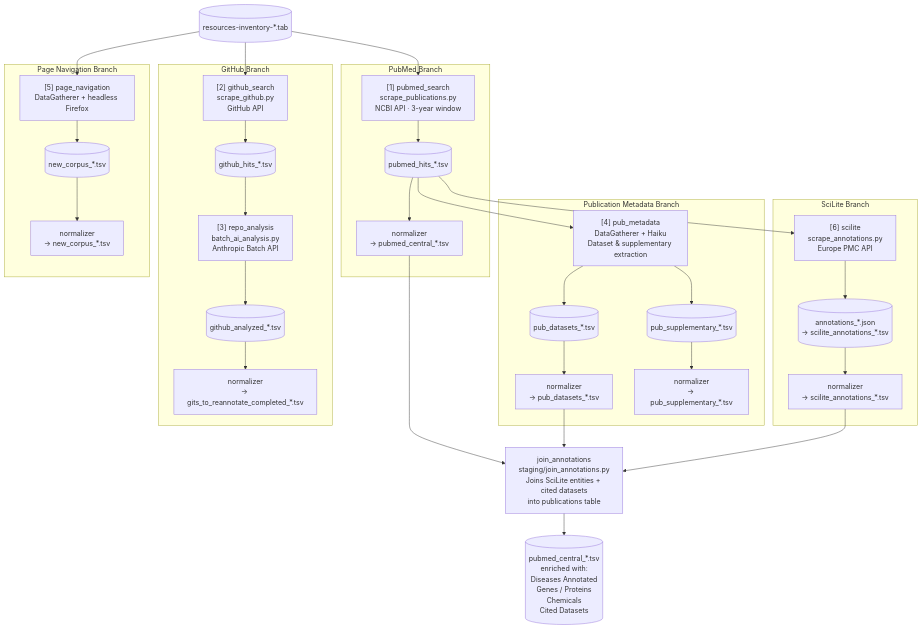
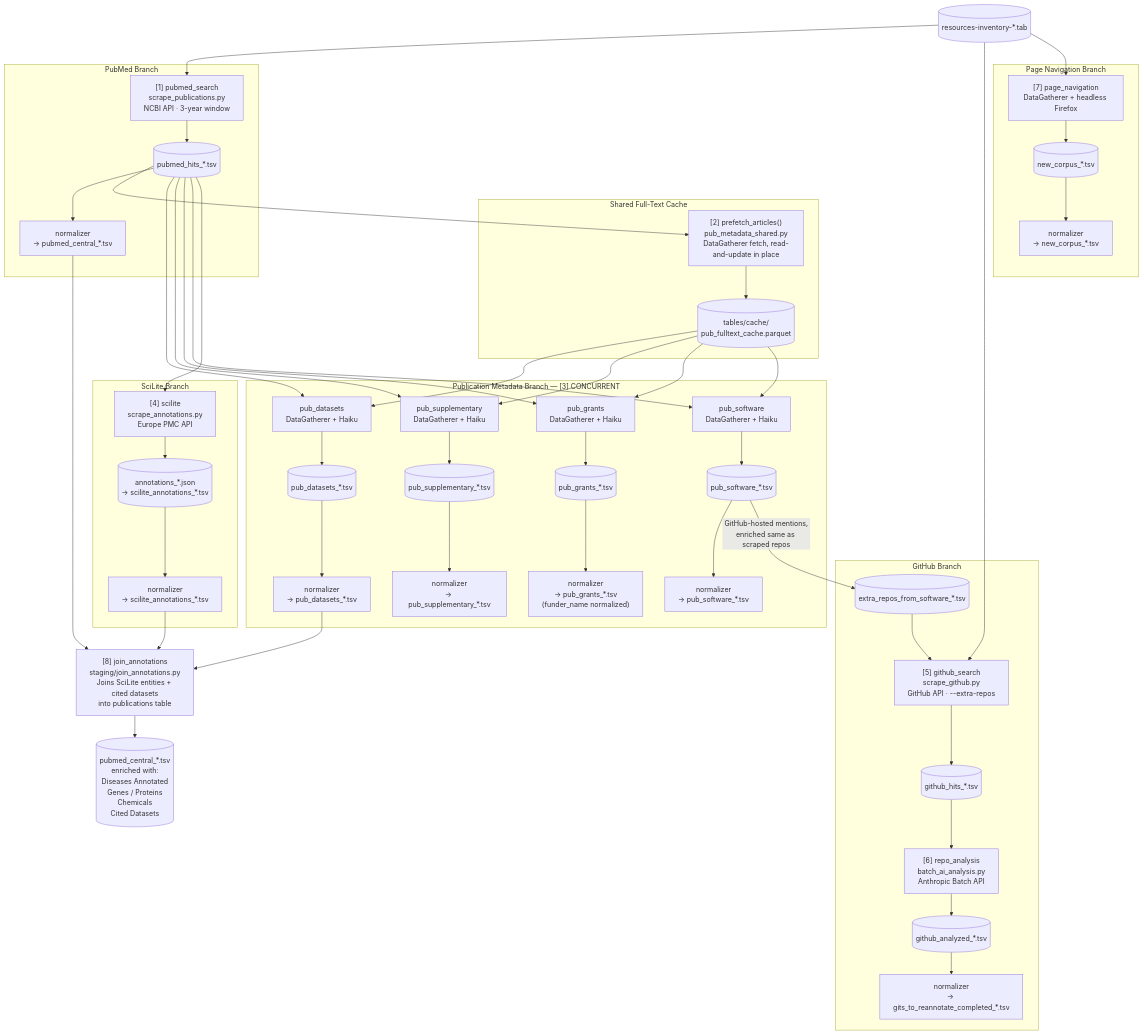
One commit to NIH-CARD/CARD_catalog_v0 changed the diagram in docs/pipeline_diagram.md. Above: the diagram before and after it, drawn with Mermaid. The commit also changed other lines of this file and 8 other files, not shown here.

````diff
--- a/docs/pipeline_diagram.md
+++ b/docs/pipeline_diagram.md
@@ -3,59 +3,81 @@
 ```{mermaid}
 flowchart TD
     INV[(resources-inventory-*.tab)]
 
     INV --> S1
-    INV --> S2
-    INV --> S5
+    INV --> S5g
+    INV --> S7
 
     subgraph PubMed["PubMed Branch"]
         S1["[1] pubmed_search\nscrape_publications.py\nNCBI API · 3-year window"]
         H1[(pubmed_hits_*.tsv)]
         N1["normalizer\n→ pubmed_central_*.tsv"]
         S1 --> H1 --> N1
     end
 
-    subgraph PubMeta["Publication Metadata Branch"]
-        S4["[4] pub_metadata\nDataGatherer + Haiku\nDataset & supplementary extraction"]
-        H4a[(pub_datasets_*.tsv)]
-        H4b[(pub_supplementary_*.tsv)]
-        N4a["normalizer\n→ pub_datasets_*.tsv"]
-        N4b["normalizer\n→ pub_supplementary_*.tsv"]
-        S4 --> H4a --> N4a
-        S4 --> H4b --> N4b
+    subgraph Prefetch["Shared Full-Text Cache"]
+        PF["[2] prefetch_articles()\npub_metadata_shared.py\nDataGatherer fetch, read-and-update in place"]
+        CACHE[(tables/cache/\npub_fulltext_cache.parquet)]
+        PF --> CACHE
     end
 
-    subgraph SciLite["SciLite Branch"]
-        S6["[6] scilite\nscrape_annotations.py\nEurope PMC API"]
-        H6[(annotations_*.json\n→ scilite_annotations_*.tsv)]
-        N6["normalizer\n→ scilite_annotations_*.tsv"]
-        S6 --> H6 --> N6
+    H1 --> PF
+
+    subgraph PubMeta["Publication Metadata Branch — [3] CONCURRENT"]
+        S3a["pub_datasets\nDataGatherer + Haiku"]
+        S3b["pub_supplementary\nDataGatherer + Haiku"]
+        S3c["pub_grants\nDataGatherer + Haiku"]
+        S3d["pub_software\nDataGatherer + Haiku"]
+        H3a[(pub_datasets_*.tsv)]
+        H3b[(pub_supplementary_*.tsv)]
+        H3c[(pub_grants_*.tsv)]
+        H3d[(pub_software_*.tsv)]
+        N3a["normalizer\n→ pub_datasets_*.tsv"]
+        N3b["normalizer\n→ pub_supplementary_*.tsv"]
+        N3c["normalizer\n→ pub_grants_*.tsv\n(funder_name normalized)"]
+        N3d["normalizer\n→ pub_software_*.tsv"]
+        S3a --> H3a --> N3a
+        S3b --> H3b --> N3b
+        S3c --> H3c --> N3c
+        S3d --> H3d --> N3d
     end
 
-    subgraph GitHub["GitHub Branch"]
-        S2["[2] github_search\nscrape_github.py\nGitHub API"]
-        H2[(github_hits_*.tsv)]
-        S3["[3] repo_analysis\nbatch_ai_analysis.py\nAnthropic Batch API"]
-        H3[(github_analyzed_*.tsv)]
-        N3["normalizer\n→ gits_to_reannotate_completed_*.tsv"]
-        S2 --> H2 --> S3 --> H3 --> N3
-    end
+    H1 --> S3a & S3b & S3c & S3d
+    CACHE --> S3a & S3b & S3c & S3d
 
-    subgraph PageNav["Page Navigation Branch"]
-        S5["[5] page_navigation\nDataGatherer + headless Firefox"]
-        H5[(new_corpus_*.tsv)]
-        N5["normalizer\n→ new_corpus_*.tsv"]
-        S5 --> H5 --> N5
+    subgraph SciLite["SciLite Branch"]
+        S4["[4] scilite\nscrape_annotations.py\nEurope PMC API"]
+        H4[(annotations_*.json\n→ scilite_annotations_*.tsv)]
+        N4["normalizer\n→ scilite_annotations_*.tsv"]
+        S4 --> H4 --> N4
     end
 
     H1 --> S4
-    H1 --> S6
+
+    subgraph GitHub["GitHub Branch"]
+        EXTRA[(extra_repos_from_software_*.tsv)]
+        S5g["[5] github_search\nscrape_github.py\nGitHub API · --extra-repos"]
+        H5[(github_hits_*.tsv)]
+        S6["[6] repo_analysis\nbatch_ai_analysis.py\nAnthropic Batch API"]
+        H6[(github_analyzed_*.tsv)]
+        N6["normalizer\n→ gits_to_reannotate_completed_*.tsv"]
+        S5g --> H5 --> S6 --> H6 --> N6
+    end
+
+    H3d -- "GitHub-hosted mentions,\nenriched same as scraped repos" --> EXTRA --> S5g
+
+    subgraph PageNav["Page Navigation Branch"]
+        S7["[7] page_navigation\nDataGatherer + headless Firefox"]
+        H7[(new_corpus_*.tsv)]
+        N7["normalizer\n→ new_corpus_*.tsv"]
+        S7 --> H7 --> N7
+    end
 
     N1 --> JA
-    N4a --> JA
-    N6 --> JA
+    N3a --> JA
+    N4 --> JA
 
-    JA["join_annotations\nstaging/join_annotations.py\nJoins SciLite entities + cited datasets\ninto publications table"]
+    JA["[8] join_annotations\nstaging/join_annotations.py\nJoins SciLite entities + cited datasets\ninto publications table"]
 
     JA --> OUT[(pubmed_central_*.tsv\nenriched with:\nDiseases Annotated\nGenes / Proteins\nChemicals\nCited Datasets)]
 ```
````
